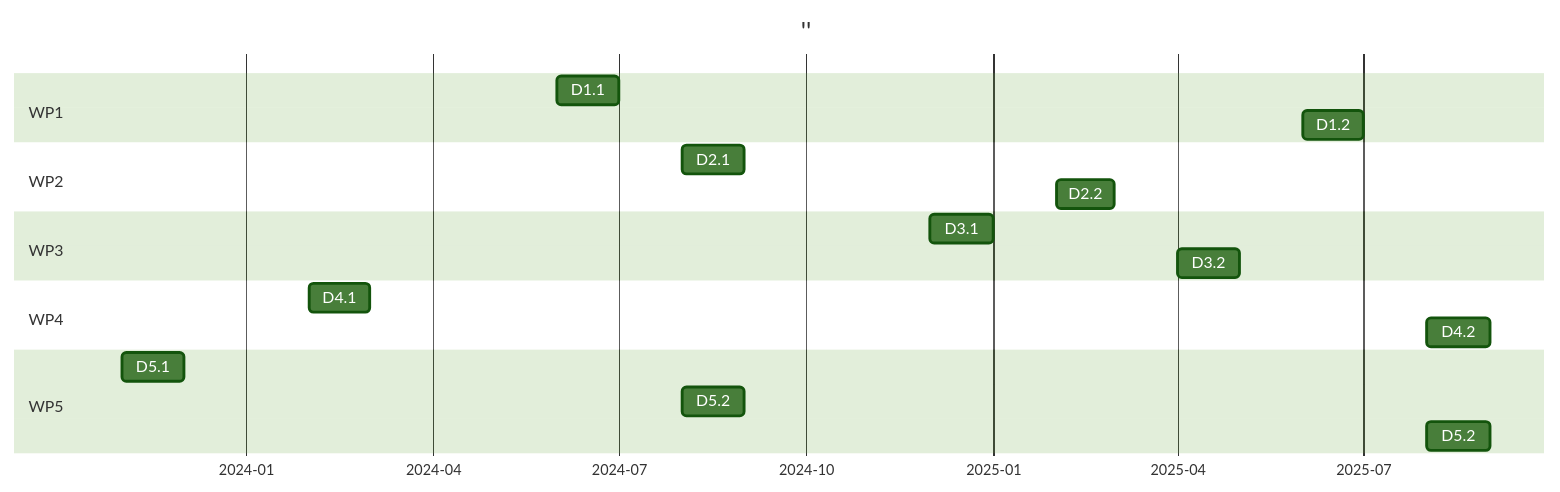
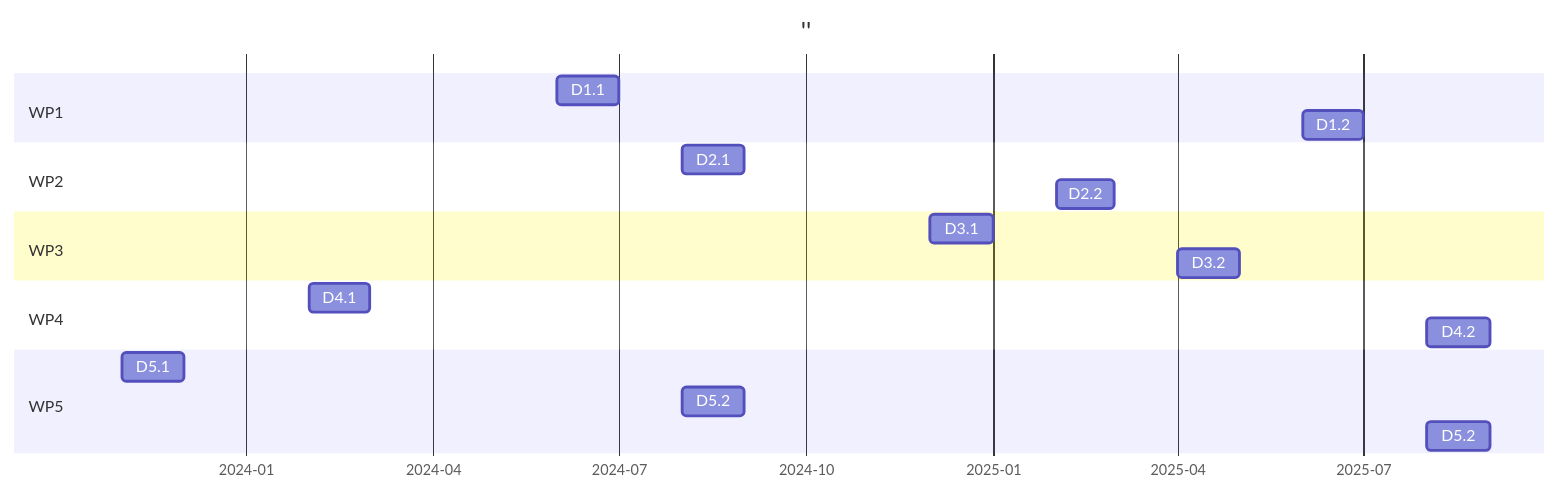
The diagram in content/deliverables/index.md (REWILD-FIRE/rewild_fire_website), drawn with Mermaid before and after one commit.

Commit message:
Update index.md
a test to change font size

````diff
--- a/content/deliverables/index.md
+++ b/content/deliverables/index.md
@@ -14,23 +14,23 @@
 ```mermaid
-%%{init: {'theme':'forest'}}%%
+%%{init: {'theme':'forest';font-size: 11px}}%%
 gantt
   title ''
   dateFormat  YYYY-MM
   axisFormat %Y-%m
   section WP1
   D1.1     :a1, 2024-06, 1M
   D1.2     :a2, 2025-06, 1M
   section WP2
   D2.1     :a3, 2024-08, 1M
   D2.2     :a4, 2025-02, 1M
   section WP3
   D3.1     :a5, 2024-12, 1M
   D3.2     :a6, 2025-04, 1M
   section WP4
   D4.1     :a7, 2024-02, 1M
   D4.2     :a8, 2025-08, 1M
   section WP5
   D5.1     :a9, 2023-11, 1M
   D5.2     :a10, 2024-08, 1M
   D5.2     :a11, 2025-08, 1M
 ```
````
